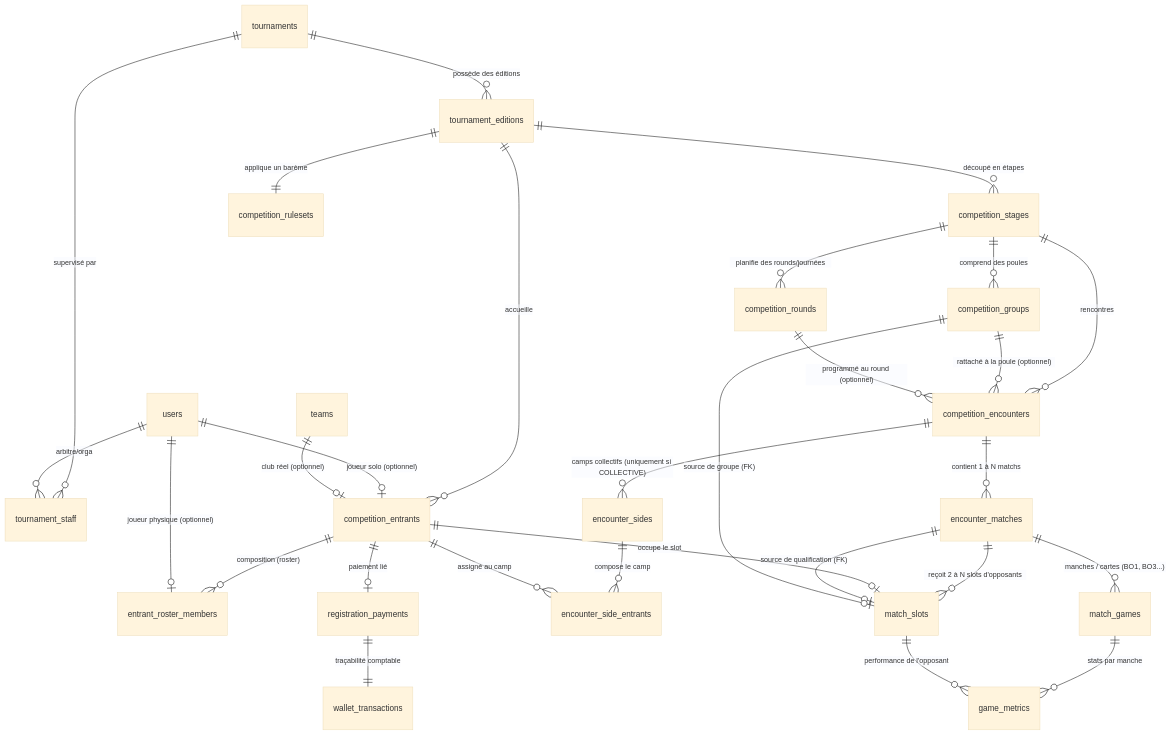
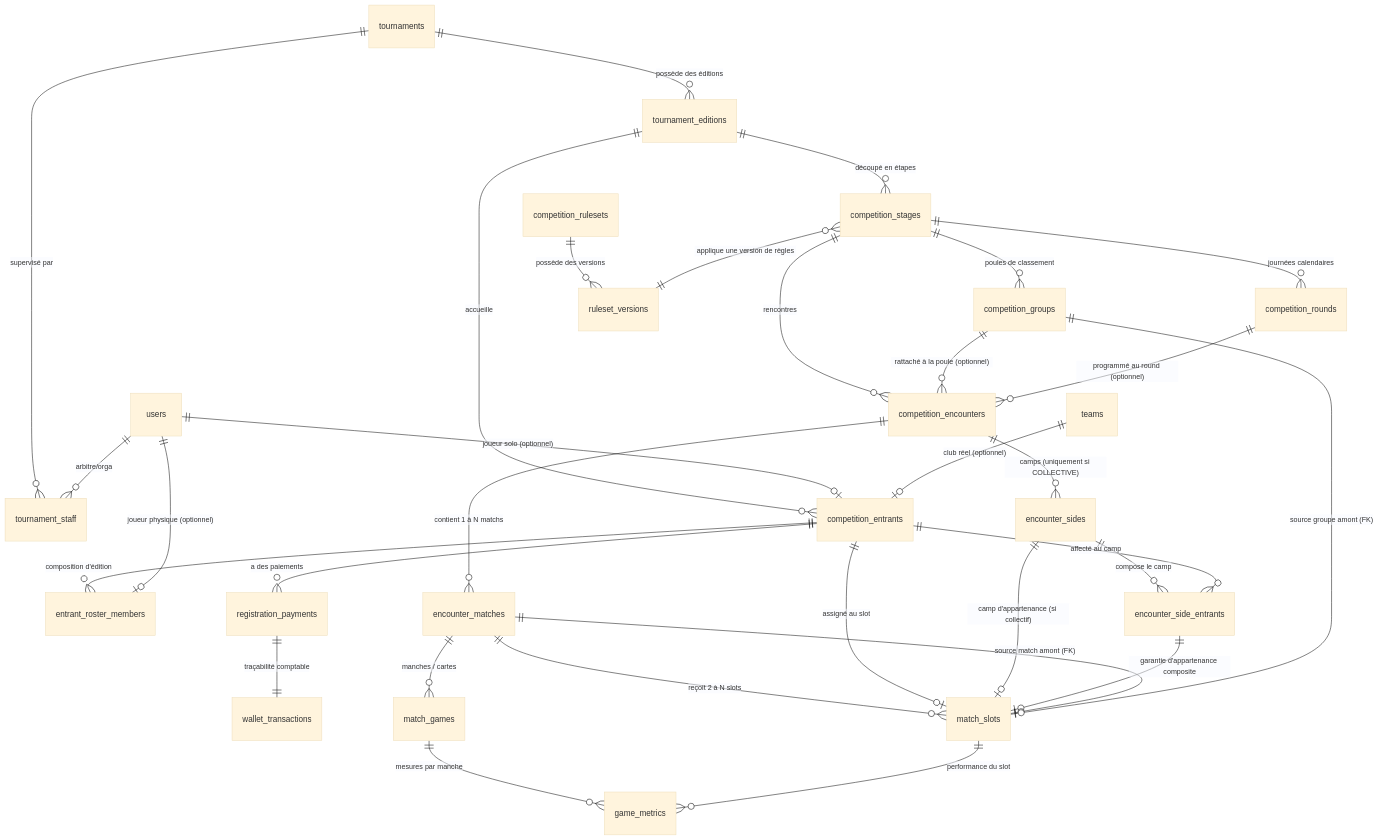
One commit to AbdoulRachid-Mz/games-trafic changed the diagram in docs/audit-competition/05-PROPOSED-TARGET-ARCHITECTURE.md. Above: the diagram before and after it, drawn with Mermaid (base theme). The commit also changed other lines of this file and 3 other files, not shown here.

Commit message:
docs(audit): finalize targeted architectural corrections with composite FKs, metrics engine and safe migration plan

````diff
--- a/docs/audit-competition/05-PROPOSED-TARGET-ARCHITECTURE.md
+++ b/docs/audit-competition/05-PROPOSED-TARGET-ARCHITECTURE.md
@@ -21,41 +24,45 @@
 ```mermaid
 erDiagram
     tournaments ||--o{ tournament_editions : "possède des éditions"
     tournaments ||--o{ tournament_staff : "supervisé par"
     users ||--o{ tournament_staff : "arbitre/orga"
 
     tournament_editions ||--o{ competition_entrants : "accueille"
     users ||--o| competition_entrants : "joueur solo (optionnel)"
     teams ||--o| competition_entrants : "club réel (optionnel)"
 
-    competition_entrants ||--o{ entrant_roster_members : "composition (roster)"
+    competition_entrants ||--o{ entrant_roster_members : "composition d'édition"
     users ||--o| entrant_roster_members : "joueur physique (optionnel)"
 
-    competition_entrants ||--o| registration_payments : "paiement lié"
+    competition_entrants ||--o{ registration_payments : "a des paiements"
     registration_payments ||--|| wallet_transactions : "traçabilité comptable"
 
     tournament_editions ||--o{ competition_stages : "découpé en étapes"
-    competition_stages ||--o{ competition_groups : "comprend des poules"
-    competition_stages ||--o{ competition_rounds : "planifie des rounds/journées"
+    competition_stages ||--o{ competition_groups : "poules de classement"
+    competition_stages ||--o{ competition_rounds : "journées calendaires"
 
-    tournament_editions ||--|| competition_rulesets : "applique un barème"
+    competition_rulesets ||--o{ ruleset_versions : "possède des versions"
+    competition_stages }o--|| ruleset_versions : "applique une version de règles"
 
     competition_stages ||--o{ competition_encounters : "rencontres"
     competition_groups ||--o{ competition_encounters : "rattaché à la poule (optionnel)"
     competition_rounds ||--o{ competition_encounters : "programmé au round (optionnel)"
 
-    competition_encounters ||--o{ encounter_sides : "camps collectifs (uniquement si COLLECTIVE)"
+    competition_encounters ||--o{ encounter_sides : "camps (uniquement si COLLECTIVE)"
     encounter_sides ||--o{ encounter_side_entrants : "compose le camp"
-    competition_entrants ||--o{ encounter_side_entrants : "assigné au camp"
+    competition_entrants ||--o{ encounter_side_entrants : "affecté au camp"
 
     competition_encounters ||--o{ encounter_matches : "contient 1 à N matchs"
     
-    encounter_matches ||--o{ match_slots : "reçoit 2 à N slots d'opposants"
-    competition_entrants ||--o| match_slots : "occupe le slot"
-    encounter_matches ||--o| match_slots : "source de qualification (FK)"
-    competition_groups ||--o| match_slots : "source de groupe (FK)"
+    encounter_matches ||--o{ match_slots : "reçoit 2 à N slots"
+    competition_entrants ||--o| match_slots : "assigné au slot"
+    encounter_sides ||--o| match_slots : "camp d'appartenance (si collectif)"
+    encounter_side_entrants ||--o| match_slots : "garantie d'appartenance composite"
 
-    encounter_matches ||--o{ match_games : "manches / cartes (BO1, BO3...)"
-    match_games ||--o{ game_metrics : "stats par manche"
-    match_slots ||--o{ game_metrics : "performance de l'opposant"
+    encounter_matches ||--o| match_slots : "source match amont (FK)"
+    competition_groups ||--o| match_slots : "source groupe amont (FK)"
+
+    encounter_matches ||--o{ match_games : "manches / cartes"
+    match_games ||--o{ game_metrics : "mesures par manche"
+    match_slots ||--o{ game_metrics : "performance du slot"
 ```
````
